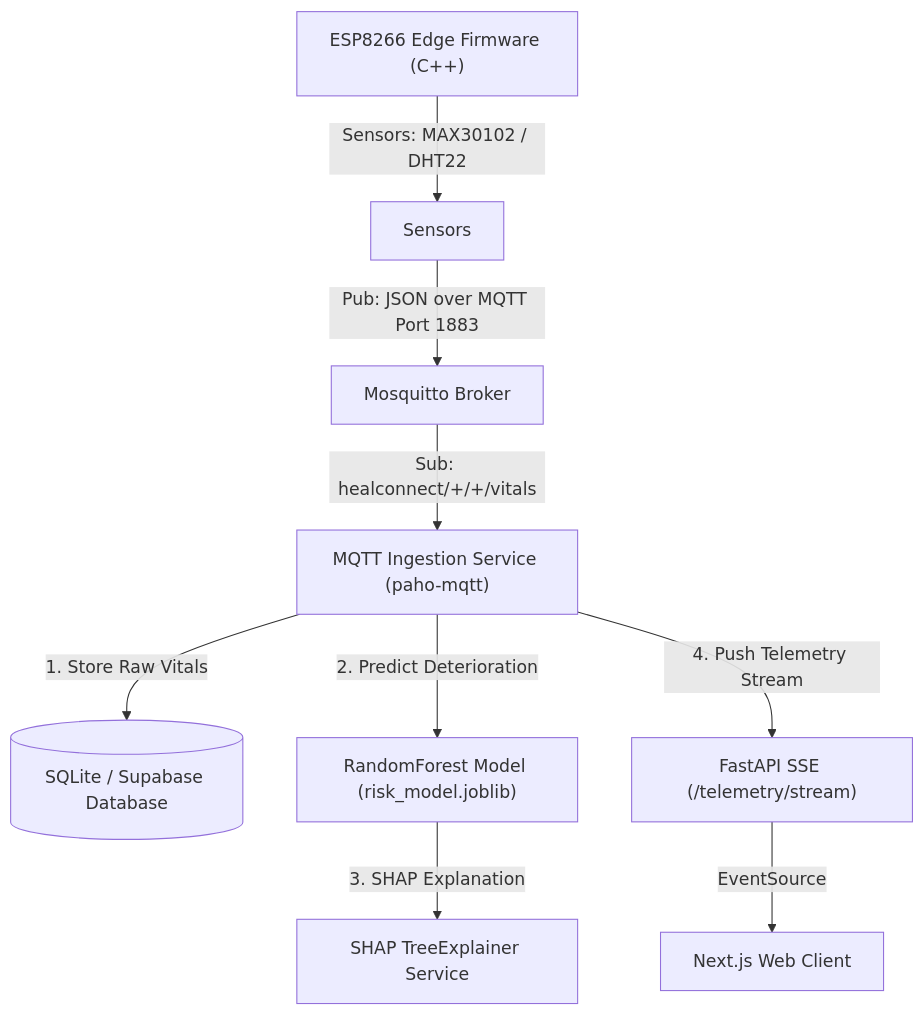
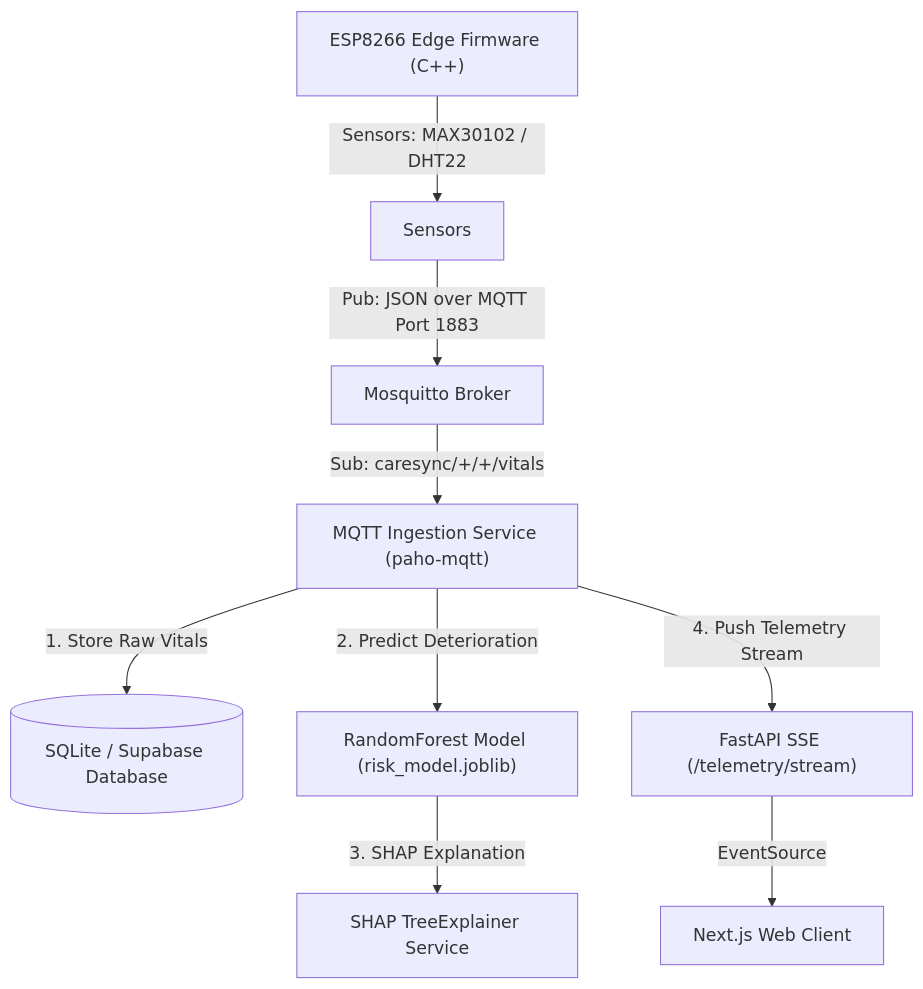
One commit to Pranjal-k22/CareSync changed the first of 2 diagrams in exp_project/presentation detail.md. Above: the diagram before and after it, drawn with Mermaid. The commit also changed other lines of this file and 41 other files, not shown here.

````diff
--- a/exp_project/presentation detail.md
+++ b/exp_project/presentation detail.md
@@ -104,11 +104,11 @@
 ```mermaid
 graph TD
     ESP["ESP8266 Edge Firmware (C++)"] -->|Sensors: MAX30102 / DHT22| Sensors
     Sensors -->|Pub: JSON over MQTT Port 1883| Broker["Mosquitto Broker"]
-    Broker -->|Sub: healconnect/+/+/vitals| Ingestion["MQTT Ingestion Service (paho-mqtt)"]
+    Broker -->|Sub: caresync/+/+/vitals| Ingestion["MQTT Ingestion Service (paho-mqtt)"]
     Ingestion -->|1. Store Raw Vitals| DB[("SQLite / Supabase Database")]
     Ingestion -->|2. Predict Deterioration| ML["RandomForest Model (risk_model.joblib)"]
     ML -->|3. SHAP Explanation| SHAP["SHAP TreeExplainer Service"]
     Ingestion -->|4. Push Telemetry Stream| SSE["FastAPI SSE (/telemetry/stream)"]
     SSE -->|EventSource| UI["Next.js Web Client"]
 ```
````
